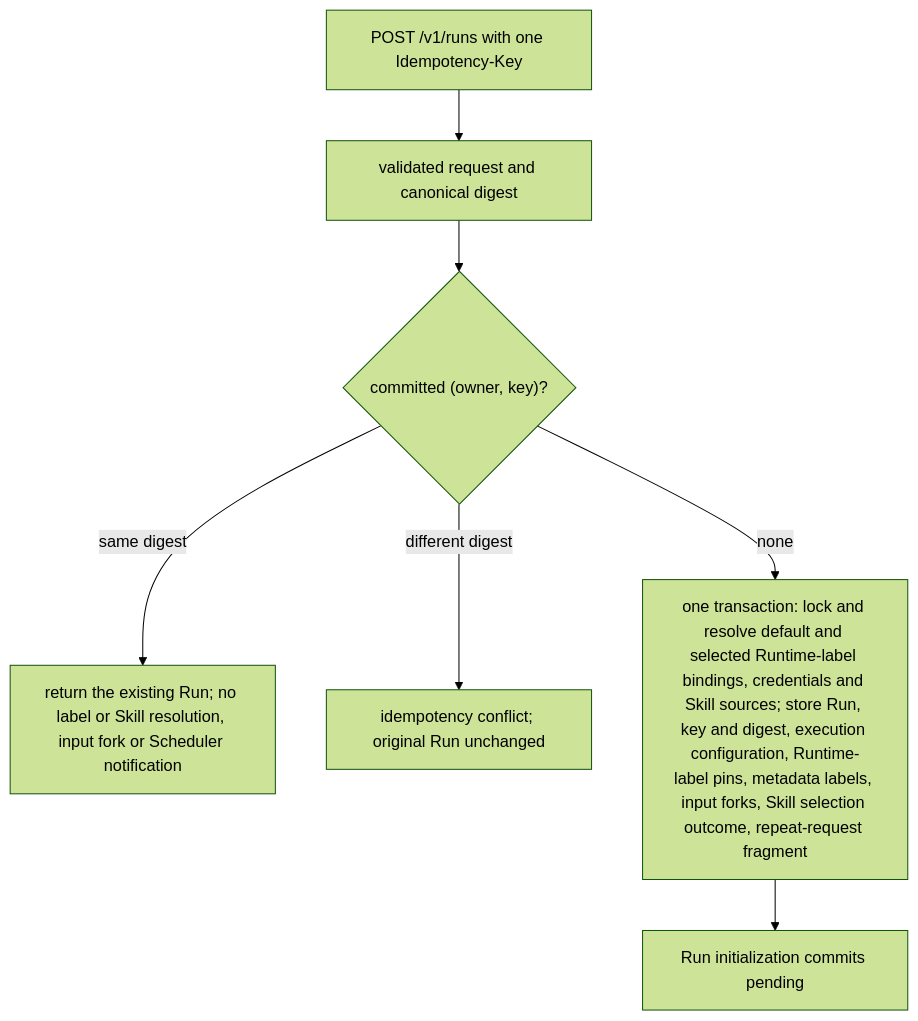
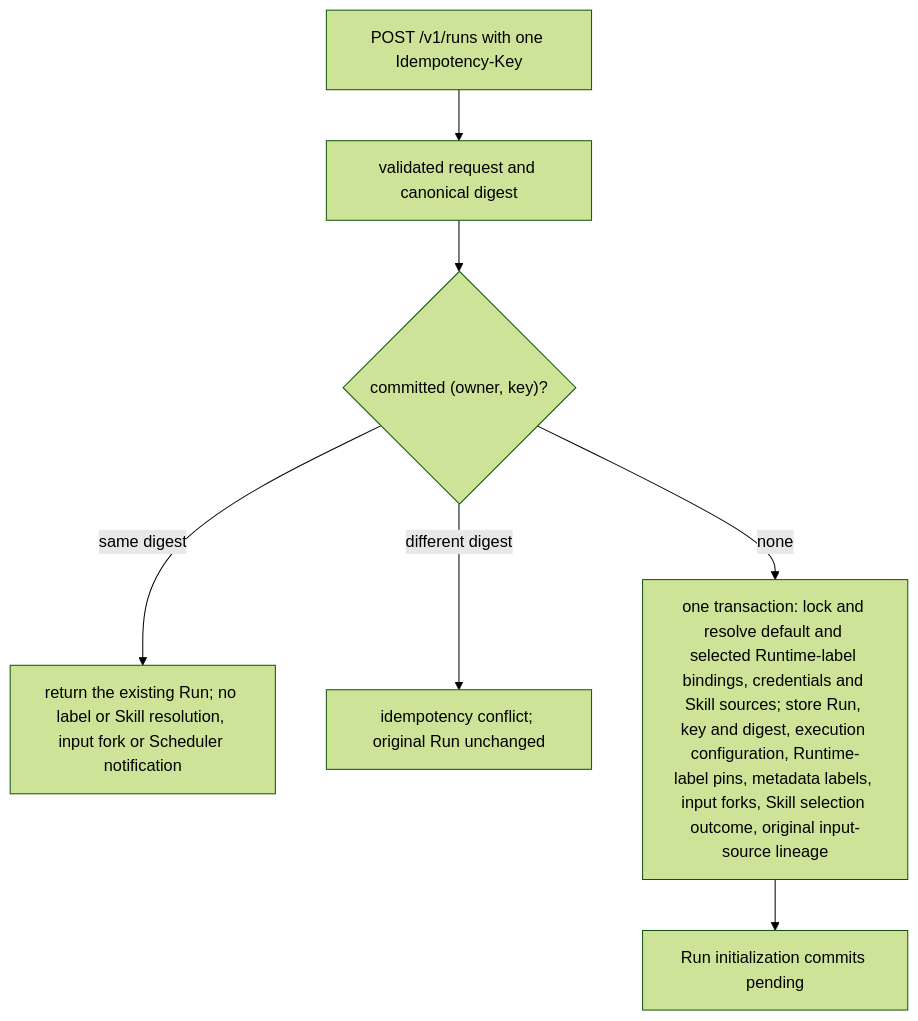
Before and after one commit to grauwolf32/contractor: the second of 3 diagrams in docs/spec/execution/runs.md, drawn with Mermaid (forest theme). The commit also changed other lines of this file and 67 other files, not shown here.

First line of the commit message:
refactor(runs): derive repeat drafts from original input lineage

````diff
--- a/docs/spec/execution/runs.md
+++ b/docs/spec/execution/runs.md
@@ -192,9 +190,9 @@
 ```mermaid
 flowchart TD
     REQ["POST /v1/runs with one Idempotency-Key"] --> DIG["validated request and canonical digest"]
     DIG --> LOOK{"committed (owner, key)?"}
     LOOK -->|"same digest"| REPLAY["return the existing Run; no label or Skill resolution, input fork or Scheduler notification"]
     LOOK -->|"different digest"| CONFLICT["idempotency conflict; original Run unchanged"]
-    LOOK -->|"none"| TX["one transaction: lock and resolve default and selected Runtime-label bindings, credentials and Skill sources; store Run, key and digest, execution configuration, Runtime-label pins, metadata labels, input forks, Skill selection outcome, repeat-request fragment"]
+    LOOK -->|"none"| TX["one transaction: lock and resolve default and selected Runtime-label bindings, credentials and Skill sources; store Run, key and digest, execution configuration, Runtime-label pins, metadata labels, input forks, Skill selection outcome, original input-source lineage"]
     TX --> INIT["Run initialization commits pending"]
 ```
````
